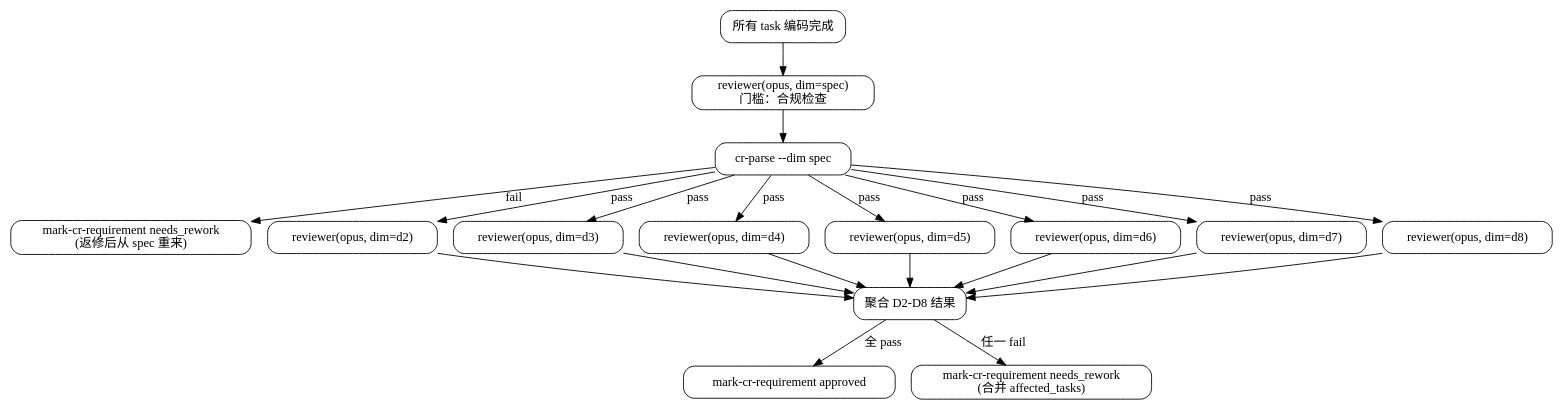
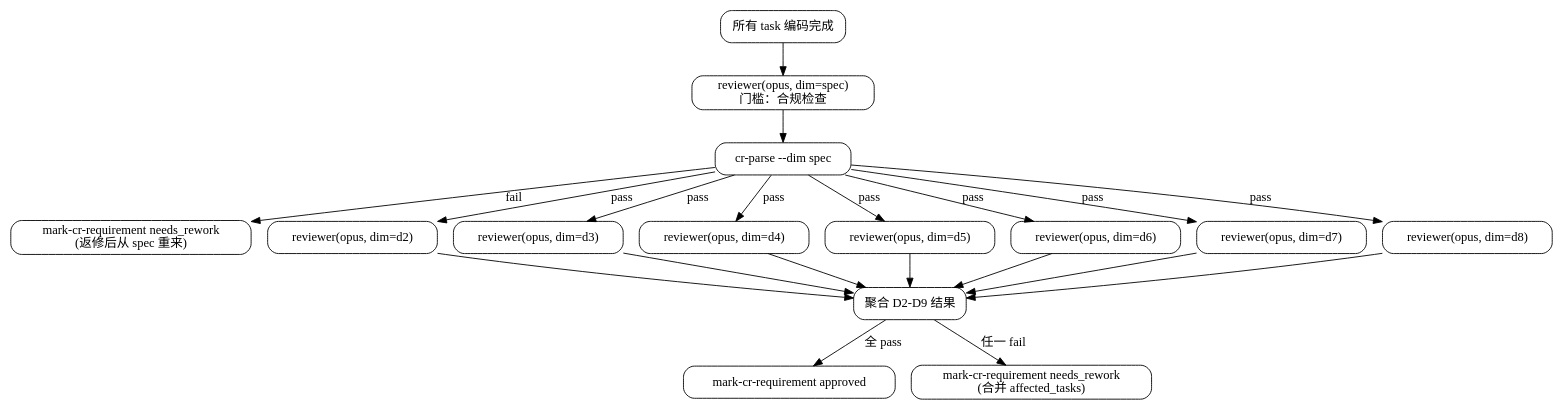
The diagram in skills/chisel-review/SKILL.md (Jxin-Cai/chisel), drawn with Graphviz before and after one commit. The commit also changed other lines of this file and 11 other files, not shown here.

````diff
--- a/skills/chisel-review/SKILL.md
+++ b/skills/chisel-review/SKILL.md
@@ -65,38 +66,38 @@
 ```dot
 digraph review_flow {
   rankdir=TB; node [shape=box, style=rounded];
   all_coded [label="所有 task 编码完成"];
   spec [label="reviewer(opus, dim=spec)\n门槛：合规检查"];
   spec_parse [label="cr-parse --dim spec"];
   spec_fail [label="mark-cr-requirement needs_rework\n(返修后从 spec 重来)"];
   d2 [label="reviewer(opus, dim=d2)"];
   d3 [label="reviewer(opus, dim=d3)"];
   d4 [label="reviewer(opus, dim=d4)"];
   d5 [label="reviewer(opus, dim=d5)"];
   d6 [label="reviewer(opus, dim=d6)"];
   d7 [label="reviewer(opus, dim=d7)"];
   d8 [label="reviewer(opus, dim=d8)"];
-  aggregate [label="聚合 D2-D8 结果"];
+  aggregate [label="聚合 D2-D9 结果"];
   approved [label="mark-cr-requirement approved"];
   rework [label="mark-cr-requirement needs_rework\n(合并 affected_tasks)"];
 
   all_coded -> spec -> spec_parse;
   spec_parse -> spec_fail [label="fail"];
   spec_parse -> d2 [label="pass"];
   spec_parse -> d3 [label="pass"];
   spec_parse -> d4 [label="pass"];
   spec_parse -> d5 [label="pass"];
   spec_parse -> d6 [label="pass"];
   spec_parse -> d7 [label="pass"];
   spec_parse -> d8 [label="pass"];
   d2 -> aggregate;
   d3 -> aggregate;
   d4 -> aggregate;
   d5 -> aggregate;
   d6 -> aggregate;
   d7 -> aggregate;
   d8 -> aggregate;
   aggregate -> approved [label="全 pass"];
   aggregate -> rework [label="任一 fail"];
 }
 ```
````
